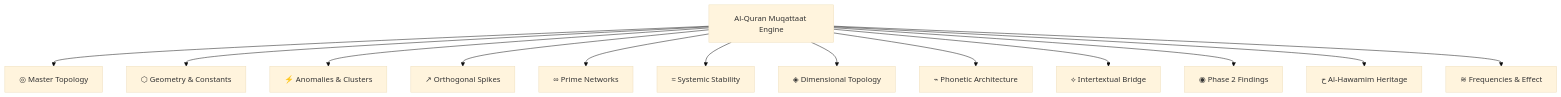
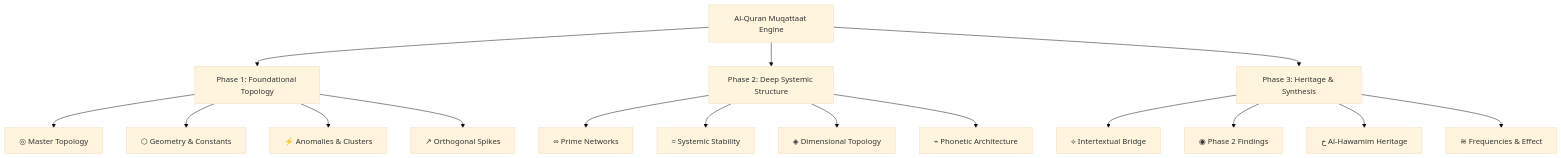
The diagram in ARCHITECTURE.md (bigjoe-oti/quran), drawn with Mermaid (base theme) before and after one commit.

Commit message:
docs: restructure UI nav mermaid diagram for increased depth/vertical height

````diff
--- a/ARCHITECTURE.md
+++ b/ARCHITECTURE.md
@@ -11,18 +11,23 @@
 ```mermaid
 graph TD
     App["Al-Quran Muqattaat Engine"]
     
-    App --> T0["◎ Master Topology"]
-    App --> T1["⬡ Geometry & Constants"]
-    App --> T2["⚡ Anomalies & Clusters"]
-    App --> T3["↗ Orthogonal Spikes"]
-    App --> T4["∞ Prime Networks"]
-    App --> T5["≈ Systemic Stability"]
-    
-    App --> T6["◈ Dimensional Topology"]
-    App --> T7["⌁ Phonetic Architecture"]
-    App --> T8["⟡ Intertextual Bridge"]
-    App --> T9["◉ Phase 2 Findings"]
-    App --> T10["ح Al-Hawamim Heritage"]
-    App --> T11["≋ Frequencies & Effect"]
+    App --> G1["Phase 1: Foundational Topology"]
+    App --> G2["Phase 2: Deep Systemic Structure"]
+    App --> G3["Phase 3: Heritage & Synthesis"]
+
+    G1 --> T0["◎ Master Topology"]
+    G1 --> T1["⬡ Geometry & Constants"]
+    G1 --> T2["⚡ Anomalies & Clusters"]
+    G1 --> T3["↗ Orthogonal Spikes"]
+
+    G2 --> T4["∞ Prime Networks"]
+    G2 --> T5["≈ Systemic Stability"]
+    G2 --> T6["◈ Dimensional Topology"]
+    G2 --> T7["⌁ Phonetic Architecture"]
+
+    G3 --> T8["⟡ Intertextual Bridge"]
+    G3 --> T9["◉ Phase 2 Findings"]
+    G3 --> T10["ح Al-Hawamim Heritage"]
+    G3 --> T11["≋ Frequencies & Effect"]
 ```
````
